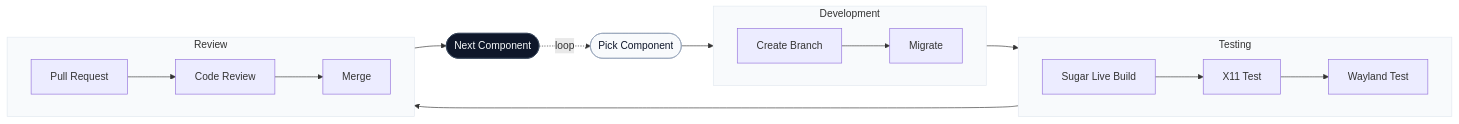
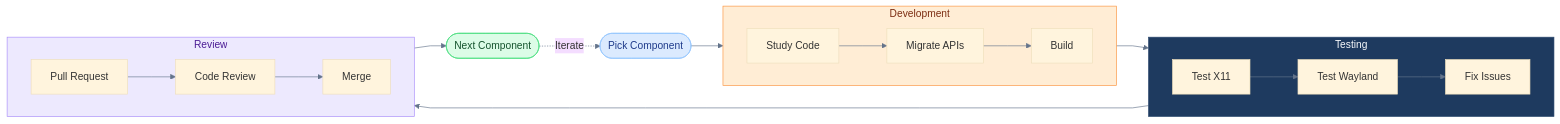
Before and after one commit to Dev10-sys/sugar-proposal-gtk: the eighth of 13 diagrams in proposal.md, drawn with Mermaid. The commit also changed other lines of this file, not shown here.

Commit message:
docs: Upgrade all GSoC proposal diagrams to professional engineering standards with GTK4/Wayland focused architecture

````diff
--- a/proposal.md
+++ b/proposal.md
@@ -534,38 +597,40 @@
 ```mermaid
+%%{init: {'theme': 'base', 'themeVariables': {'lineColor': '#64748b'}, 'flowchart': {'curve': 'linear'}}}%%
 flowchart LR
     Start(["Pick Component"])
 
     subgraph Dev ["Development"]
         direction LR
-        B["Create Branch"]
-        C["Migrate"]
-        B --> C
+        B["Study Code"]
+        C["Migrate APIs"]
+        D["Build"]
+        B --> C --> D
     end
 
     subgraph Test ["Testing"]
         direction LR
-        D["Sugar Live Build"]
-        E["X11 Test"]
-        F["Wayland Test"]
-        D --> E --> F
+        E["Test X11"]
+        F["Test Wayland"]
+        G["Fix Issues"]
+        E --> F --> G
     end
 
     subgraph Review ["Review"]
         direction LR
-        G["Pull Request"]
-        H["Code Review"]
-        I["Merge"]
-        G --> H --> I
+        H["Pull Request"]
+        I["Code Review"]
+        J["Merge"]
+        H --> I --> J
     end
 
     Next(["Next Component"])
 
     Start --> Dev --> Test --> Review --> Next
-    Next -.->|loop| Start
+    Next -.->|"Iterate"| Start
 
-    style Start fill:#f8fafc,stroke:#94a3b8,color:#0f172a
-    style Next fill:#0f172a,stroke:#334155,color:#f8fafc
-    style Dev fill:#f8fafc,stroke:#e2e8f0
-    style Test fill:#f8fafc,stroke:#e2e8f0
-    style Review fill:#f8fafc,stroke:#e2e8f0
+    style Start fill:#dbeafe,stroke:#93c5fd,color:#1e3a8a
+    style Next fill:#dcfce7,stroke:#4ade80,color:#14532d
+    style Dev fill:#ffedd5,stroke:#fb923c,color:#7c2d12
+    style Test fill:#1e3a5f,stroke:#2d4a6f,color:#f8fafc
+    style Review fill:#ede9fe,stroke:#a78bfa,color:#4c1d95
 ```
````
